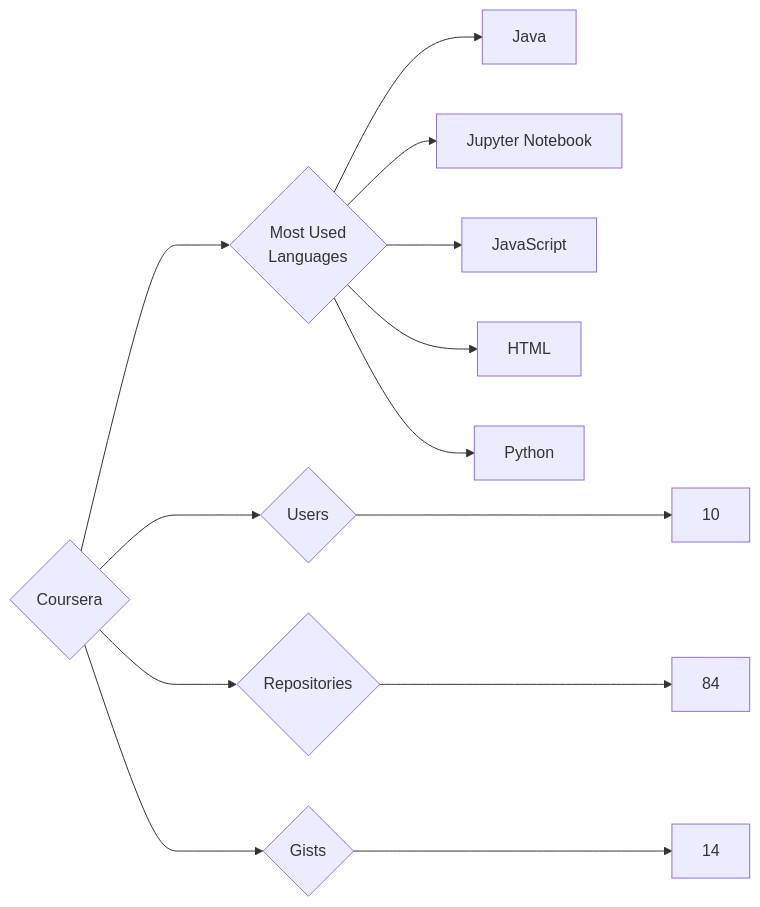
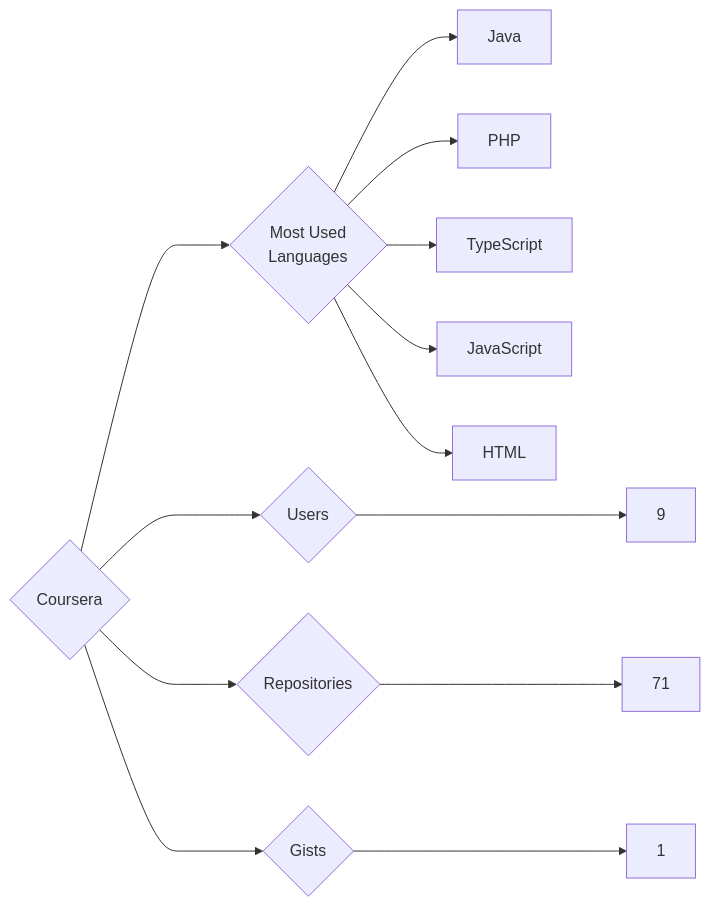
Before and after one commit to trickest/insiders: the diagram in targets/Coursera/README.md, drawn with Mermaid. The commit also changed 870 other files, not shown here.

````diff
--- a/targets/Coursera/README.md
+++ b/targets/Coursera/README.md
@@ -3,13 +3,13 @@
 ```mermaid
 graph LR
 COMPANY_NAME{Coursera}
-COMPANY_NAME ---> U{Users} ---> UN[10]
-COMPANY_NAME ---> R{Repositories} ---> RN[84]
-COMPANY_NAME ---> G{Gists} ---> GN[14]
+COMPANY_NAME ---> U{Users} ---> UN[9]
+COMPANY_NAME ---> R{Repositories} ---> RN[71]
+COMPANY_NAME ---> G{Gists} ---> GN[1]
 COMPANY_NAME ---> ML{Most Used<br>Languages}
 ML --> Java[Java]
-ML --> Jupyter_Notebook[Jupyter Notebook]
+ML --> PHP[PHP]
+ML --> TypeScript[TypeScript]
 ML --> JavaScript[JavaScript]
 ML --> HTML[HTML]
-ML --> Python[Python]
 ```
````
